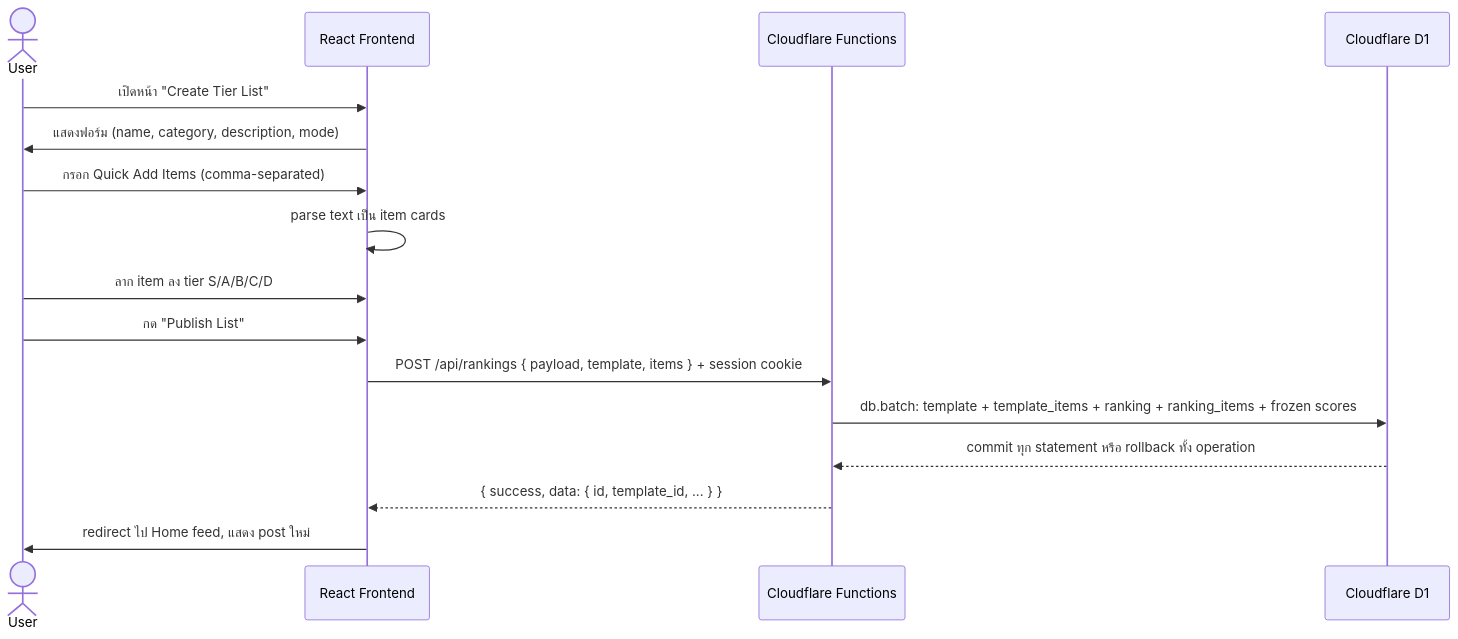
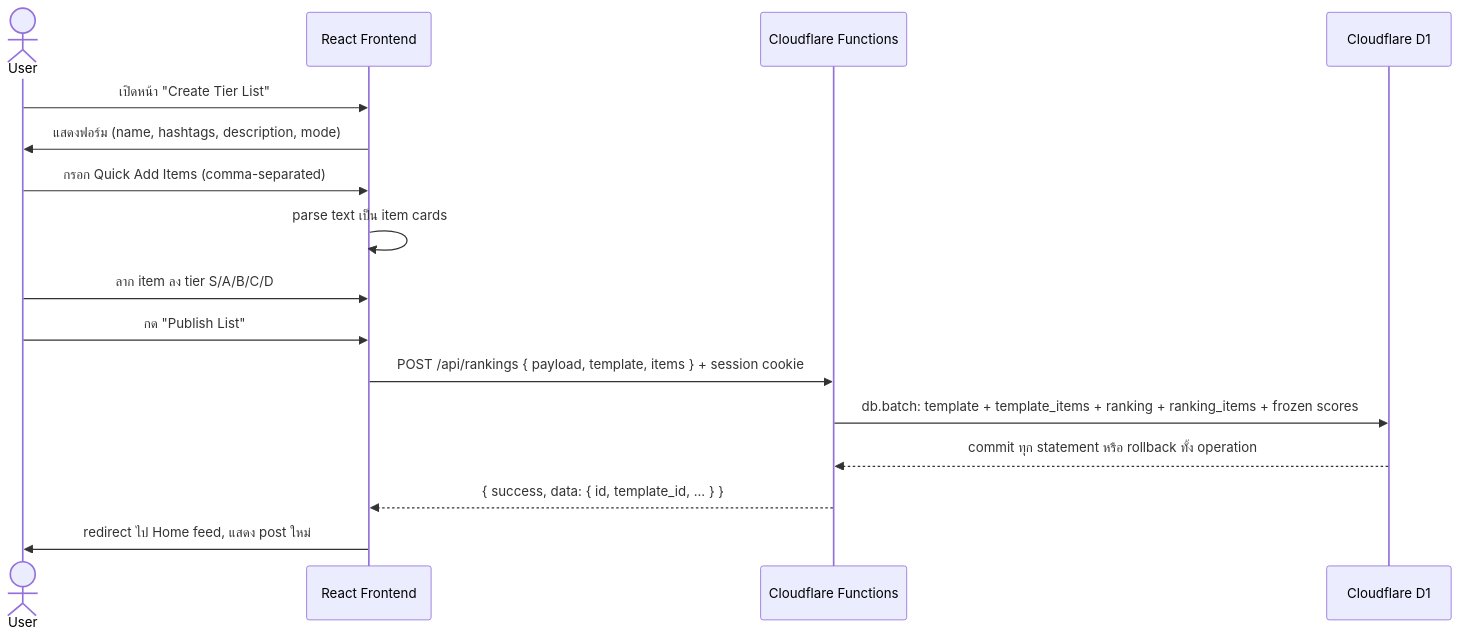
The third of 4 diagrams in SDS.md (Altroria-Art/Tear-of-God), drawn with Mermaid before and after one commit. The commit also changed other lines of this file and 35 other files, not shown here.

````diff
--- a/SDS.md
+++ b/SDS.md
@@ -375,19 +374,19 @@
 ```mermaid
 sequenceDiagram
     actor U as User
     participant FE as React Frontend
     participant FN as Cloudflare Functions
     participant D1 as Cloudflare D1
 
     U->>FE: เปิดหน้า "Create Tier List"
-    FE->>U: แสดงฟอร์ม (name, category, description, mode)
+    FE->>U: แสดงฟอร์ม (name, hashtags, description, mode)
     U->>FE: กรอก Quick Add Items (comma-separated)
     FE->>FE: parse text เป็น item cards
     U->>FE: ลาก item ลง tier S/A/B/C/D
     U->>FE: กด "Publish List"
     FE->>FN: POST /api/rankings { payload, template, items } + session cookie
     FN->>D1: db.batch: template + template_items + ranking + ranking_items + frozen scores
     D1-->>FN: commit ทุก statement หรือ rollback ทั้ง operation
     FN-->>FE: { success, data: { id, template_id, ... } }
     FE->>U: redirect ไป Home feed, แสดง post ใหม่
 ```
````
